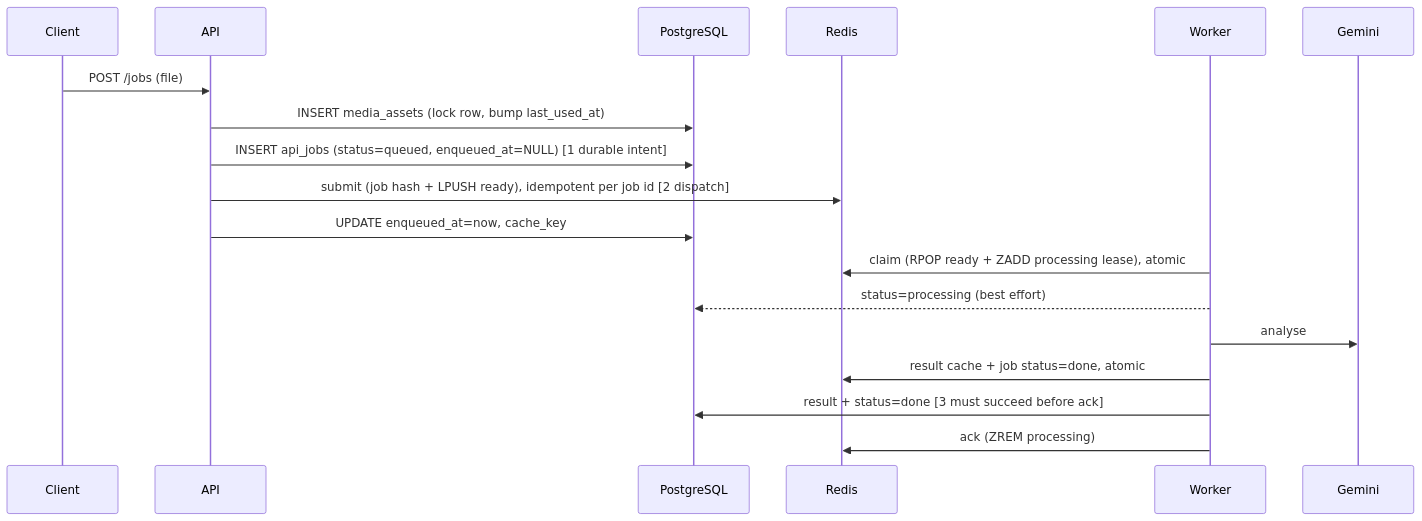
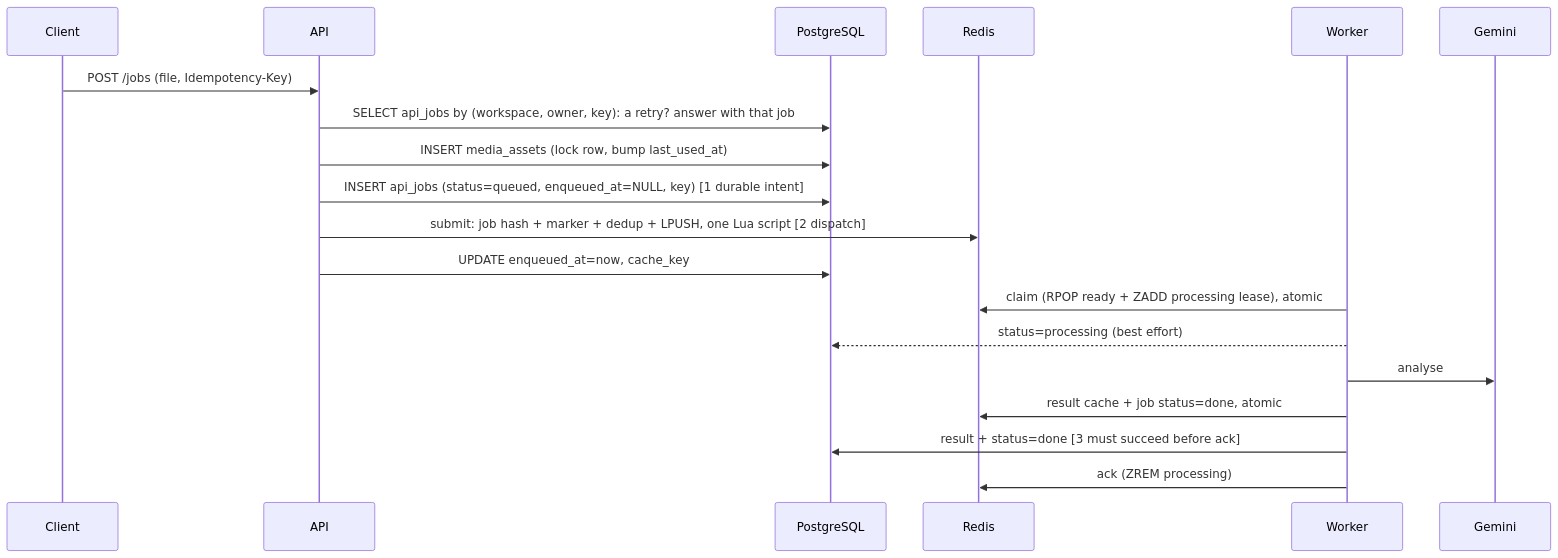
The first of 2 diagrams in docs/JOB_LIFECYCLE.md (TechnoMachiene/MediaFlow), drawn with Mermaid before and after one commit. The commit also changed other lines of this file and 17 other files, not shown here.

````diff
--- a/docs/JOB_LIFECYCLE.md
+++ b/docs/JOB_LIFECYCLE.md
@@ -15,20 +15,21 @@
 ```mermaid
 sequenceDiagram
     participant C as Client
     participant A as API
     participant P as PostgreSQL
     participant R as Redis
     participant W as Worker
     participant G as Gemini
-    C->>A: POST /jobs (file)
+    C->>A: POST /jobs (file, Idempotency-Key)
+    A->>P: SELECT api_jobs by (workspace, owner, key): a retry? answer with that job
     A->>P: INSERT media_assets (lock row, bump last_used_at)
-    A->>P: INSERT api_jobs (status=queued, enqueued_at=NULL)  [1 durable intent]
-    A->>R: submit (job hash + LPUSH ready), idempotent per job id  [2 dispatch]
+    A->>P: INSERT api_jobs (status=queued, enqueued_at=NULL, key)  [1 durable intent]
+    A->>R: submit: job hash + marker + dedup + LPUSH, one Lua script  [2 dispatch]
     A->>P: UPDATE enqueued_at=now, cache_key
     W->>R: claim (RPOP ready + ZADD processing lease), atomic
     W-->>P: status=processing (best effort)
     W->>G: analyse
     W->>R: result cache + job status=done, atomic
     W->>P: result + status=done  [3 must succeed before ack]
     W->>R: ack (ZREM processing)
 ```
````
